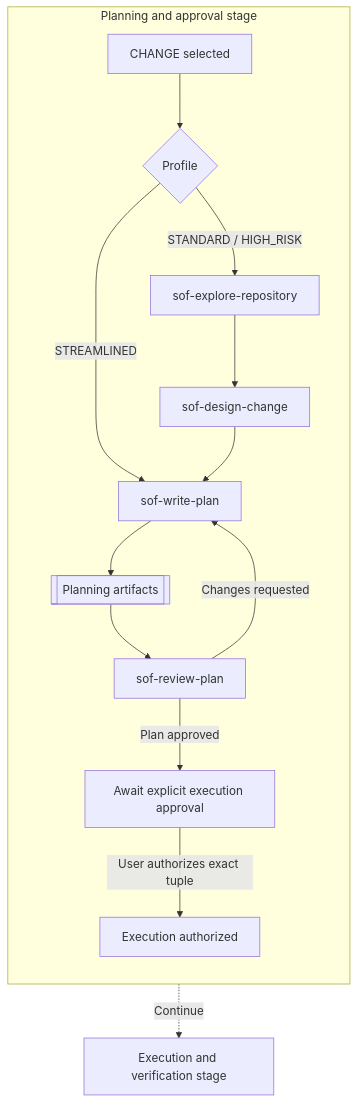
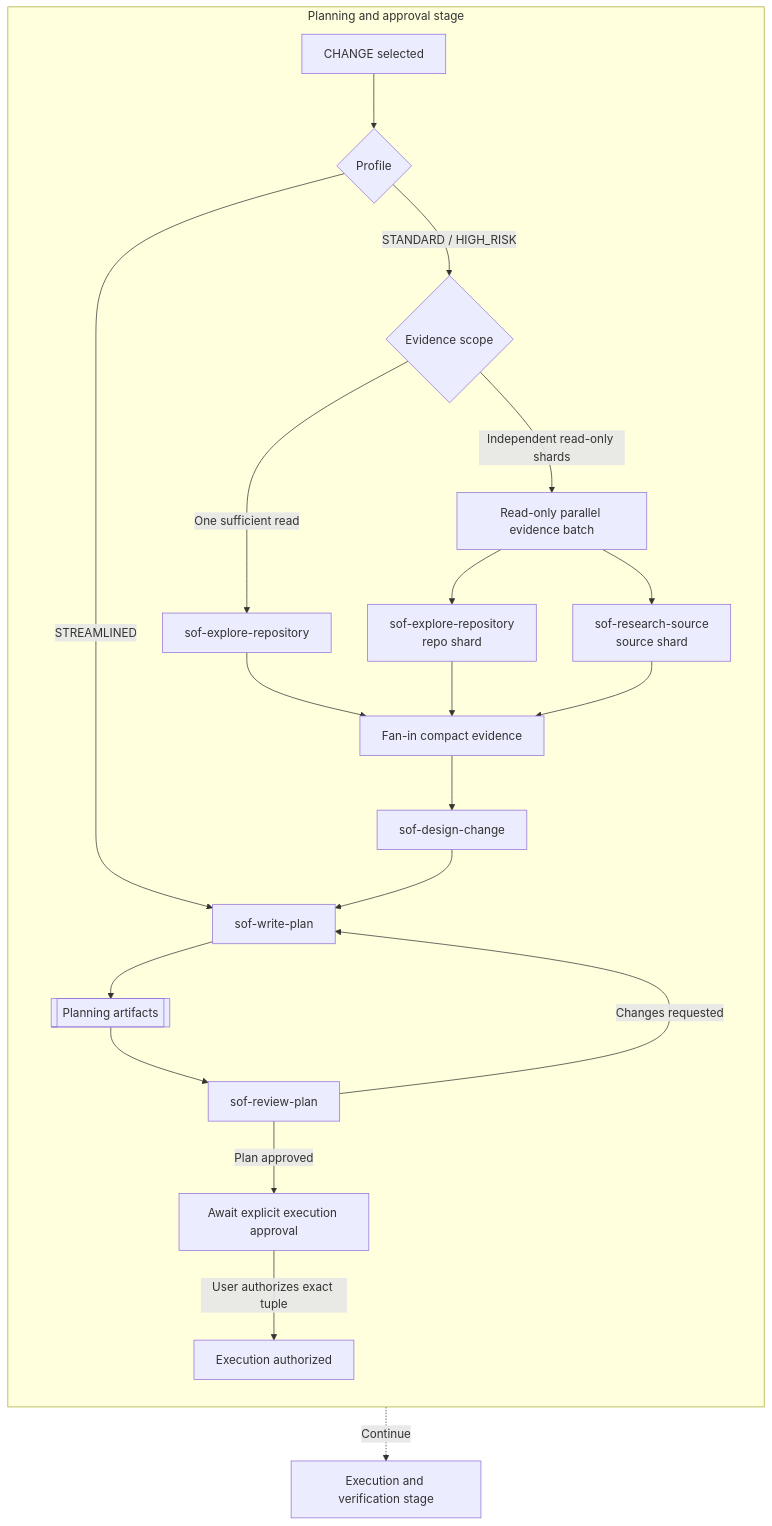
The second of 3 diagrams in README.md (zhenyumi/simple-opencode-flow), drawn with Mermaid before and after one commit. The commit also changed other lines of this file and 6 other files, not shown here.

Commit message:
Add read-only parallel flow rules

````diff
--- a/README.md
+++ b/README.md
@@ -124,17 +133,24 @@
 ```mermaid
 flowchart TD
     subgraph PLANNING["Planning and approval stage"]
         direction TB
         C["CHANGE selected"] --> P{"Profile"}
         P -- "STREAMLINED" --> W["sof-write-plan"]
-        P -- "STANDARD / HIGH_RISK" --> E["sof-explore-repository"]
-        E --> D["sof-design-change"]
+        P -- "STANDARD / HIGH_RISK" --> EVS{"Evidence scope"}
+        EVS -- "One sufficient read" --> E["sof-explore-repository"]
+        EVS -- "Independent read-only shards" --> EB["Read-only parallel evidence batch"]
+        EB --> ER["sof-explore-repository<br/>repo shard"]
+        EB --> XR["sof-research-source<br/>source shard"]
+        E --> FE["Fan-in compact evidence"]
+        ER --> FE
+        XR --> FE
+        FE --> D["sof-design-change"]
         D --> W
         W --> A[["Planning artifacts"]]
         A --> R["sof-review-plan"]
         R -- "Changes requested" --> W
         R -- "Plan approved" --> WAIT["Await explicit execution approval"]
         WAIT -- "User authorizes exact tuple" --> X["Execution authorized"]
     end
-    X -. "Continue" .-> ES["Execution and verification stage"]
+    X -. "Continue" .-> EXS["Execution and verification stage"]
 ```
````
